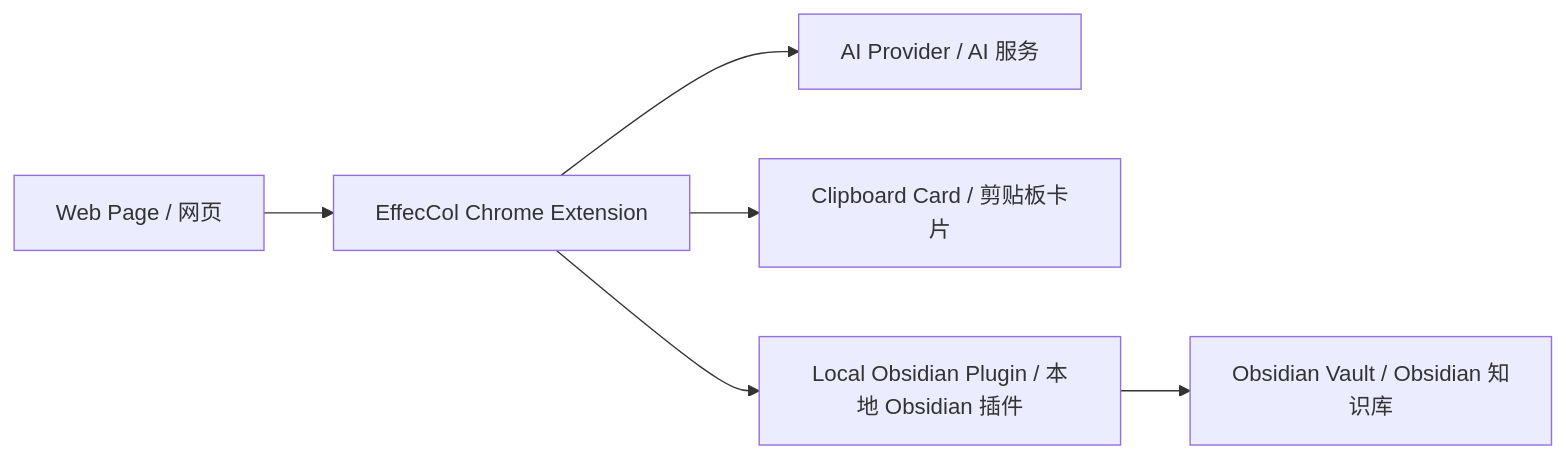
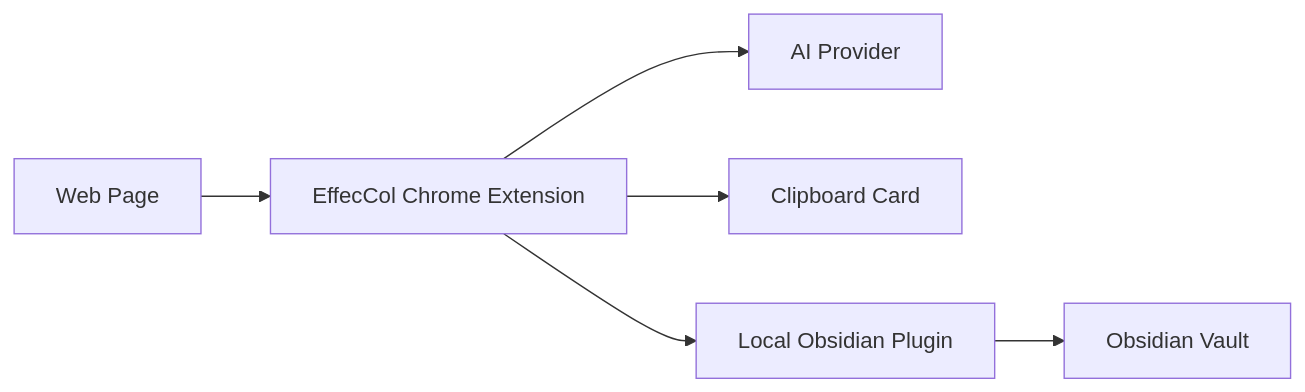
One commit to RayWu01/EffecCol changed the diagram in README.md. Above: the diagram before and after it, drawn with Mermaid. The commit also changed other lines of this file and 2 other files, not shown here.

````diff
--- a/README.md
+++ b/README.md
@@ -152,8 +90,8 @@
 ```mermaid
 flowchart LR
-  A["Web Page / 网页"] --> B["EffecCol Chrome Extension"]
-  B --> C["AI Provider / AI 服务"]
-  B --> D["Clipboard Card / 剪贴板卡片"]
-  B --> E["Local Obsidian Plugin / 本地 Obsidian 插件"]
-  E --> F["Obsidian Vault / Obsidian 知识库"]
+  A["Web Page"] --> B["EffecCol Chrome Extension"]
+  B --> C["AI Provider"]
+  B --> D["Clipboard Card"]
+  B --> E["Local Obsidian Plugin"]
+  E --> F["Obsidian Vault"]
 ```
````
